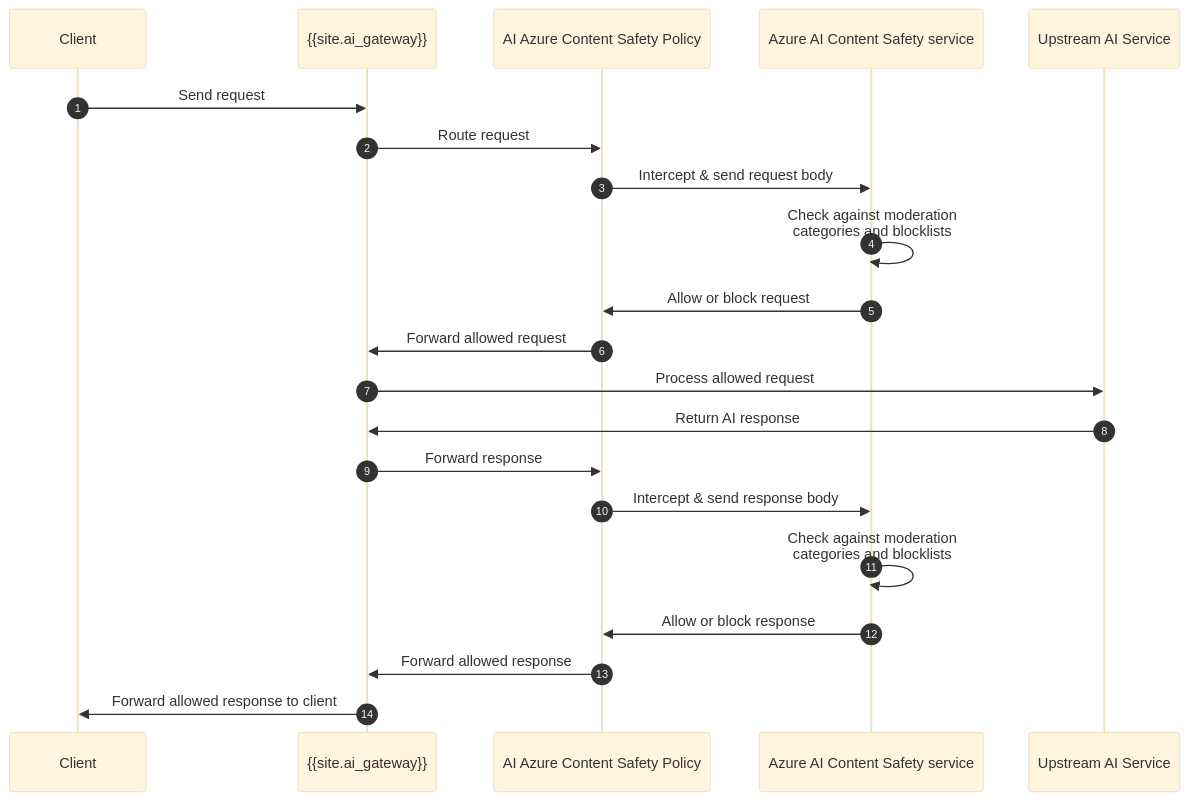
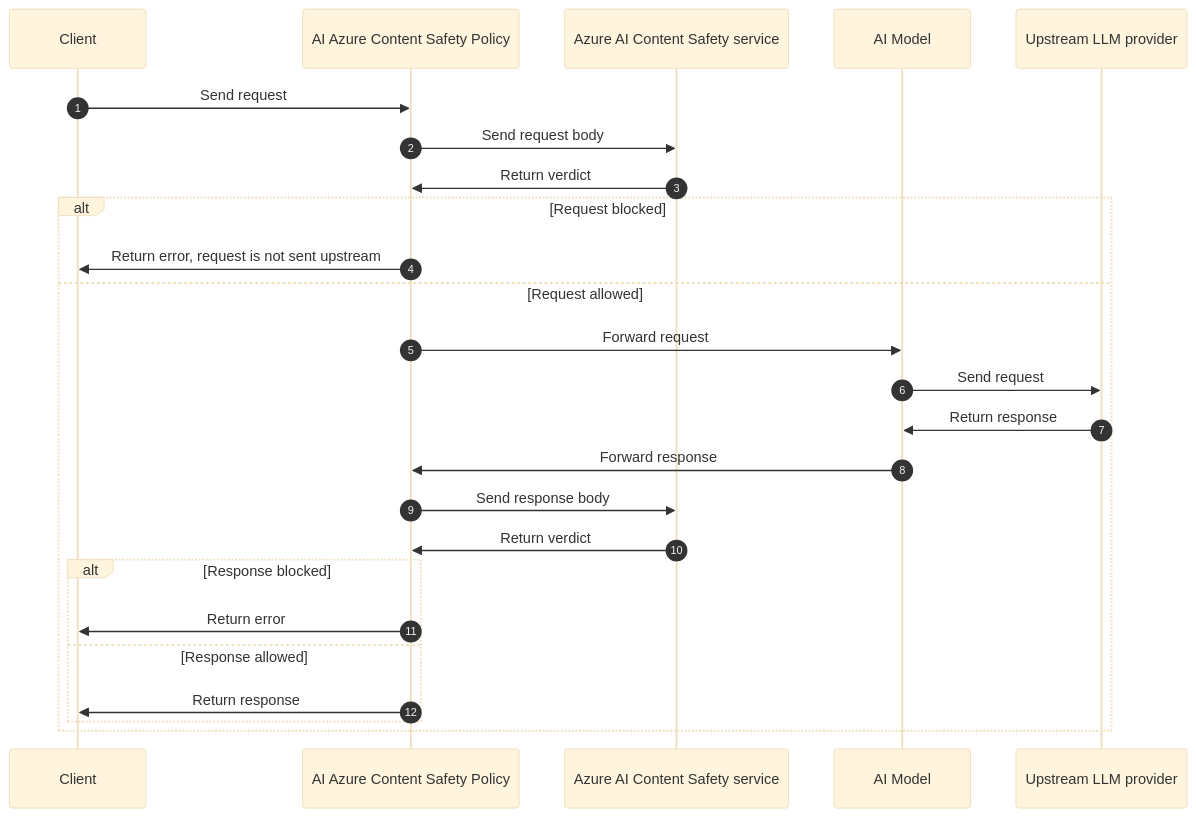
Before and after one commit to Kong/developer.konghq.com: the diagram in app/_ai_gateway_policies/ai-azure-content-safety/index.md, drawn with Mermaid (base theme). The commit also changed other lines of this file and 1 other file, not shown here.

Commit message:
Update mermaid diagrams

```diff
--- a/app/_ai_gateway_policies/ai-azure-content-safety/index.md
+++ b/app/_ai_gateway_policies/ai-azure-content-safety/index.md
@@ -43,24 +44,28 @@
 {% mermaid %}
 sequenceDiagram
     autonumber
     participant Client
-    participant Gateway as {{site.ai_gateway}}
     participant Policy as AI Azure Content Safety Policy
-    participant Safety as Azure AI Content Safety service
-    participant AI as Upstream AI Service
+    participant Svc as Azure AI Content Safety service
+    participant Model as AI Model
+    participant LLM as Upstream LLM provider
 
-    Client->>Gateway: Send request
-    Gateway->>Policy: Route request
-    Policy->>Safety: Intercept & send request body
-    Safety->>Safety: Check against moderation <br>categories and blocklists
-    Safety->>Policy: Allow or block request
-    Policy->>Gateway: Forward allowed request
-    Gateway->>AI: Process allowed request
-    AI->>Gateway: Return AI response
-    Gateway->>Policy: Forward response
-    Policy->>Safety: Intercept & send response body
-    Safety->>Safety: Check against moderation <br>categories and blocklists
-    Safety->>Policy: Allow or block response
-    Policy->>Gateway: Forward allowed response
-    Gateway->>Client: Forward allowed response to client
+    Client->>Policy: Send request
+    Policy->>Svc: Send request body
+    Svc->>Policy: Return verdict
+    alt Request blocked
+        Policy->>Client: Return error, request is not sent upstream
+    else Request allowed
+        Policy->>Model: Forward request
+        Model->>LLM: Send request
+        LLM->>Model: Return response
+        Model->>Policy: Forward response
+        Policy->>Svc: Send response body
+        Svc->>Policy: Return verdict
+        alt Response blocked
+            Policy->>Client: Return error
+        else Response allowed
+            Policy->>Client: Return response
+        end
+    end
 {% endmermaid %}
```
